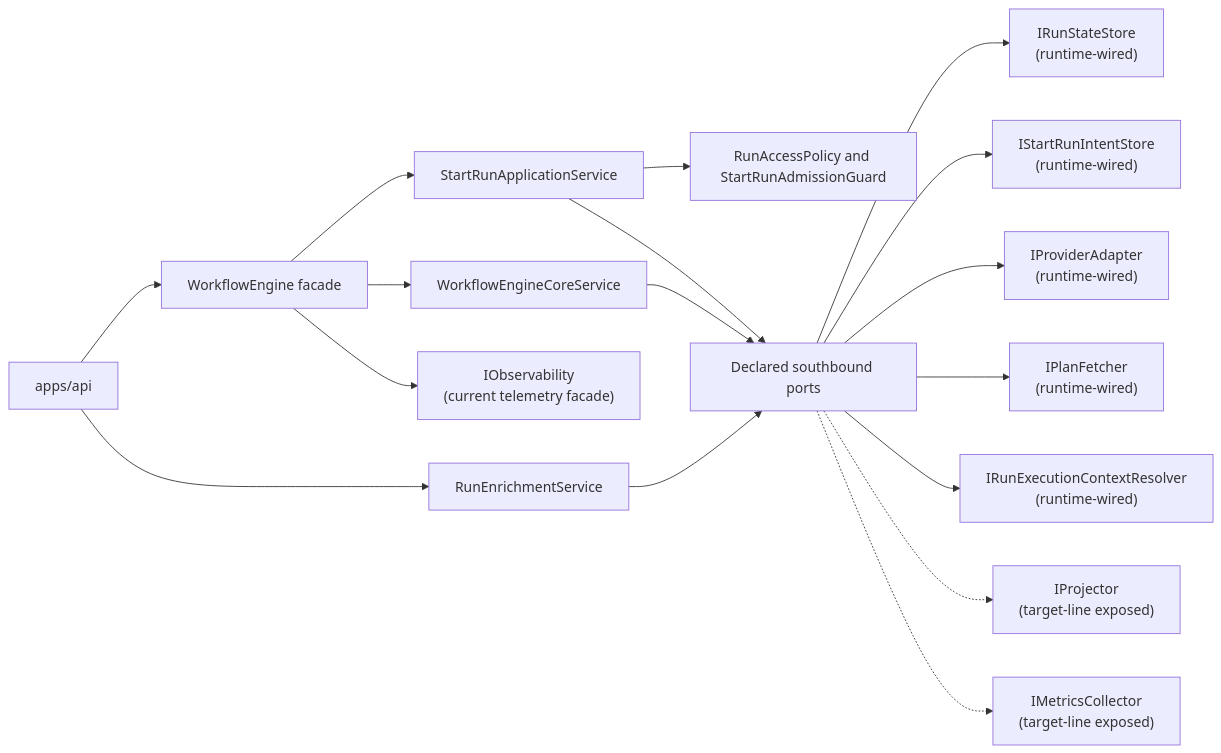
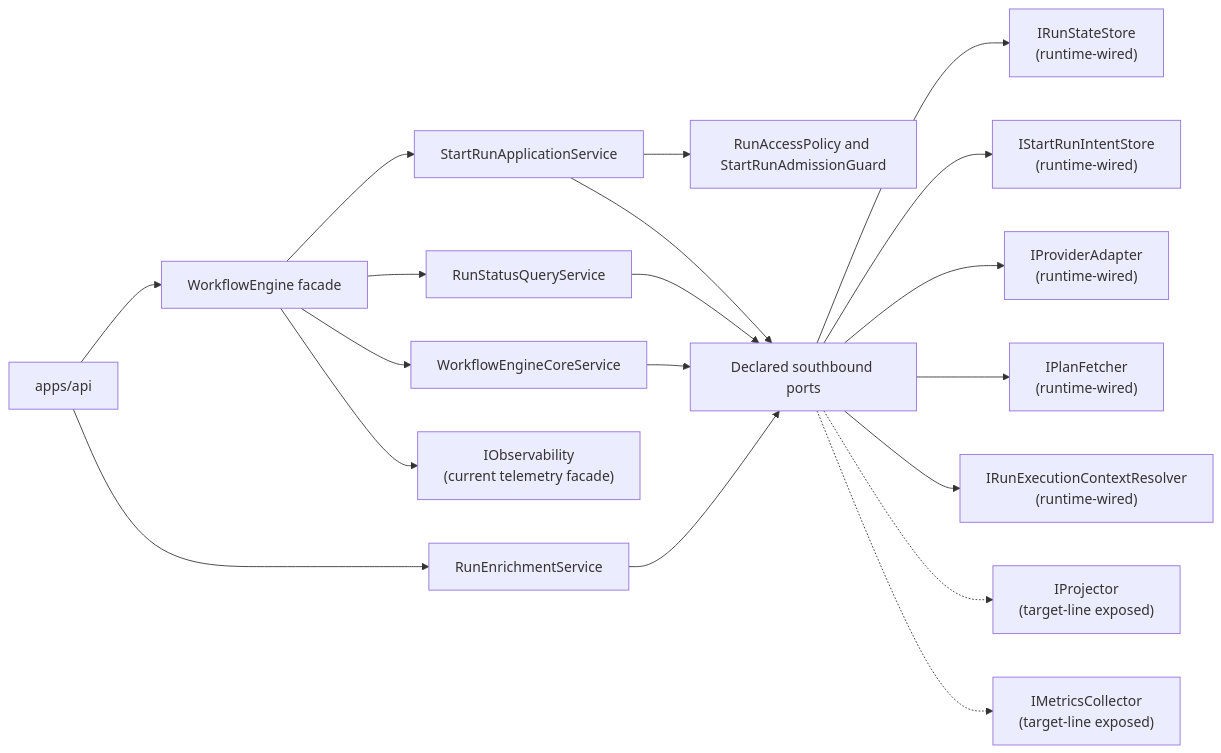
The diagram in docs/architecture/components/engine/index.md (dunay2/dvt), drawn with Mermaid before and after one commit. The commit also changed other lines of this file and 14 other files, not shown here.

Commit message:
refactor(engine): Split run status query from engine core

````diff
--- a/docs/architecture/components/engine/index.md
+++ b/docs/architecture/components/engine/index.md
@@ -88,19 +90,21 @@
 ```mermaid
 flowchart LR
   Api["apps/api"] --> Engine["WorkflowEngine facade"]
   Api --> Enrich["RunEnrichmentService"]
   Engine --> StartRun["StartRunApplicationService"]
+  Engine --> Query["RunStatusQueryService"]
   Engine --> Core["WorkflowEngineCoreService"]
   StartRun --> Policy["RunAccessPolicy and StartRunAdmissionGuard"]
   StartRun --> Ports["Declared southbound ports"]
+  Query --> Ports
   Core --> Ports
   Enrich --> Ports
   Ports --> State["IRunStateStore<br/>(runtime-wired)"]
   Ports --> Intent["IStartRunIntentStore<br/>(runtime-wired)"]
   Ports --> Providers["IProviderAdapter<br/>(runtime-wired)"]
   Ports --> Plan["IPlanFetcher<br/>(runtime-wired)"]
   Ports --> RunCtx["IRunExecutionContextResolver<br/>(runtime-wired)"]
   Ports -.-> Projector["IProjector<br/>(target-line exposed)"]
   Ports -.-> Metrics["IMetricsCollector<br/>(target-line exposed)"]
   Engine --> Obs["IObservability<br/>(current telemetry facade)"]
 ```
````
